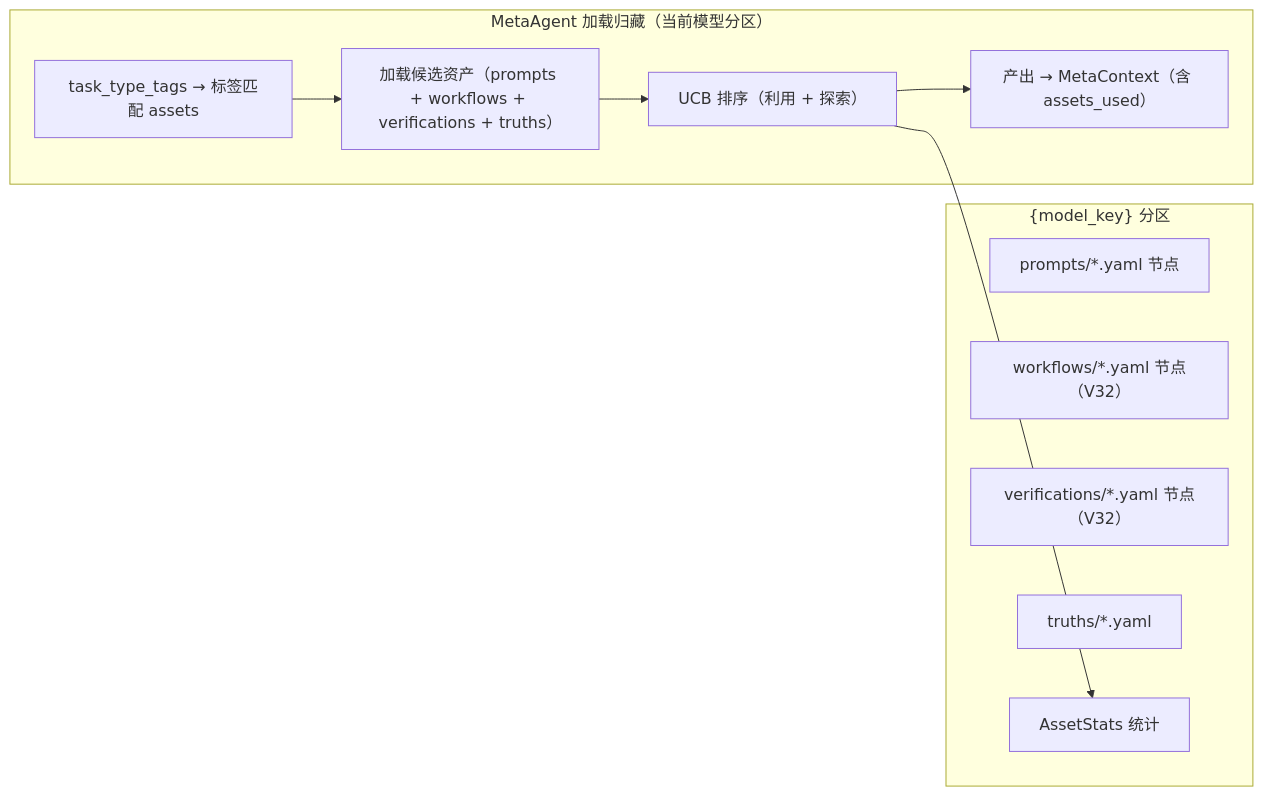
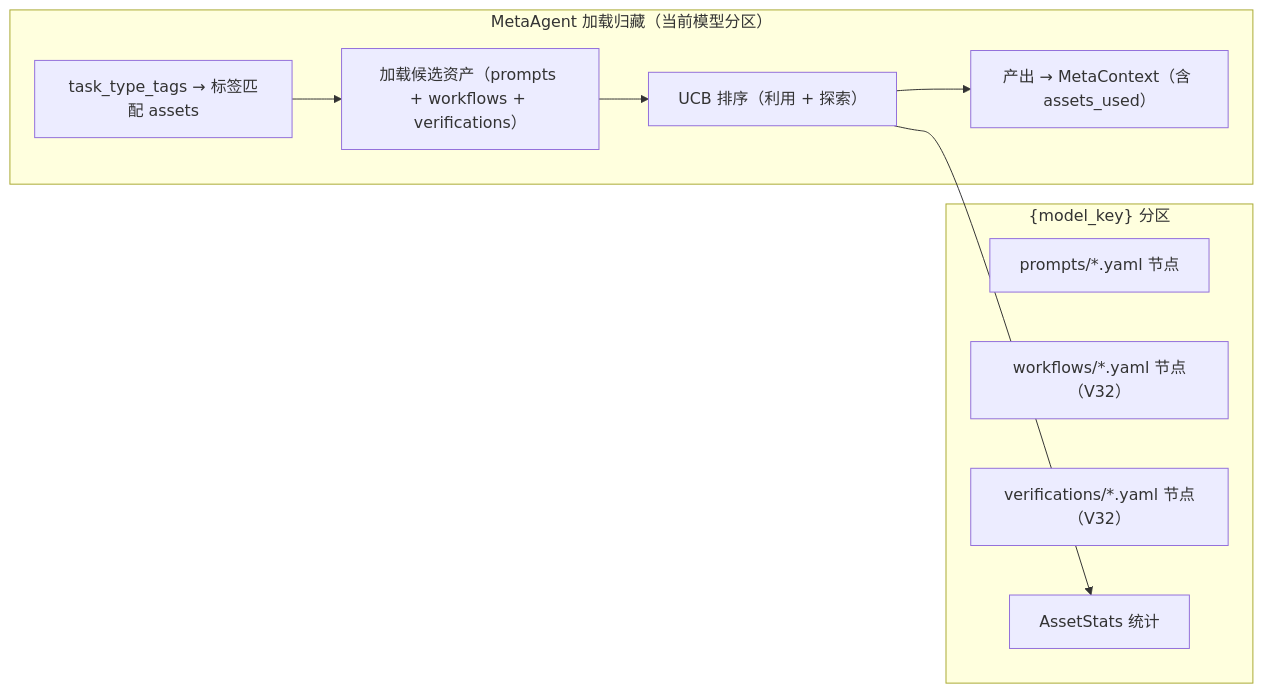
One commit to wenge6090-tech/taiji changed the sixth of 7 diagrams in BCP-蓝图-完型协议.md. Above: the diagram before and after it, drawn with Mermaid. The commit also changed other lines of this file and 5 other files, not shown here.

First line of the commit message:
feat: V38 归藏瘦身 — 移除 index.yaml（实时目录扫描替代）+ truths 资产层（L0 检查内置化）

````diff
--- a/BCP-蓝图-完型协议.md
+++ b/BCP-蓝图-完型协议.md
@@ -1480,19 +1481,18 @@
 ```mermaid
 flowchart LR
     subgraph "MetaAgent 加载归藏（当前模型分区）"
         QUERY["task_type_tags → 标签匹配 assets"]
-        QUERY --> LOAD["加载候选资产（prompts + workflows + verifications + truths）"]
+        QUERY --> LOAD["加载候选资产（prompts + workflows + verifications）"]
         LOAD --> RANK["UCB 排序（利用 + 探索）"]
         RANK --> MC["产出 → MetaContext（含 assets_used）"]
     end
 
     subgraph "{model_key} 分区"
         P1["prompts/*.yaml 节点"]
         P2["workflows/*.yaml 节点（V32）"]
         P3["verifications/*.yaml 节点（V32）"]
-        T1["truths/*.yaml"]
         S["AssetStats 统计"]
     end
 
     RANK --> S
 ```
````
